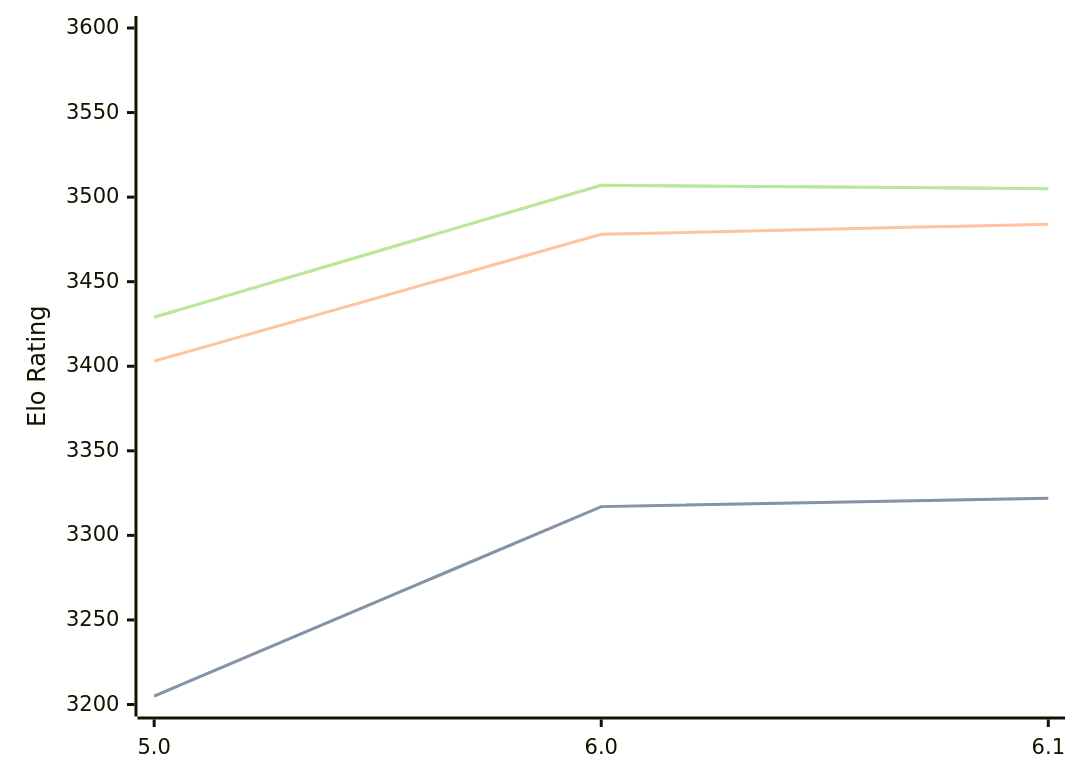
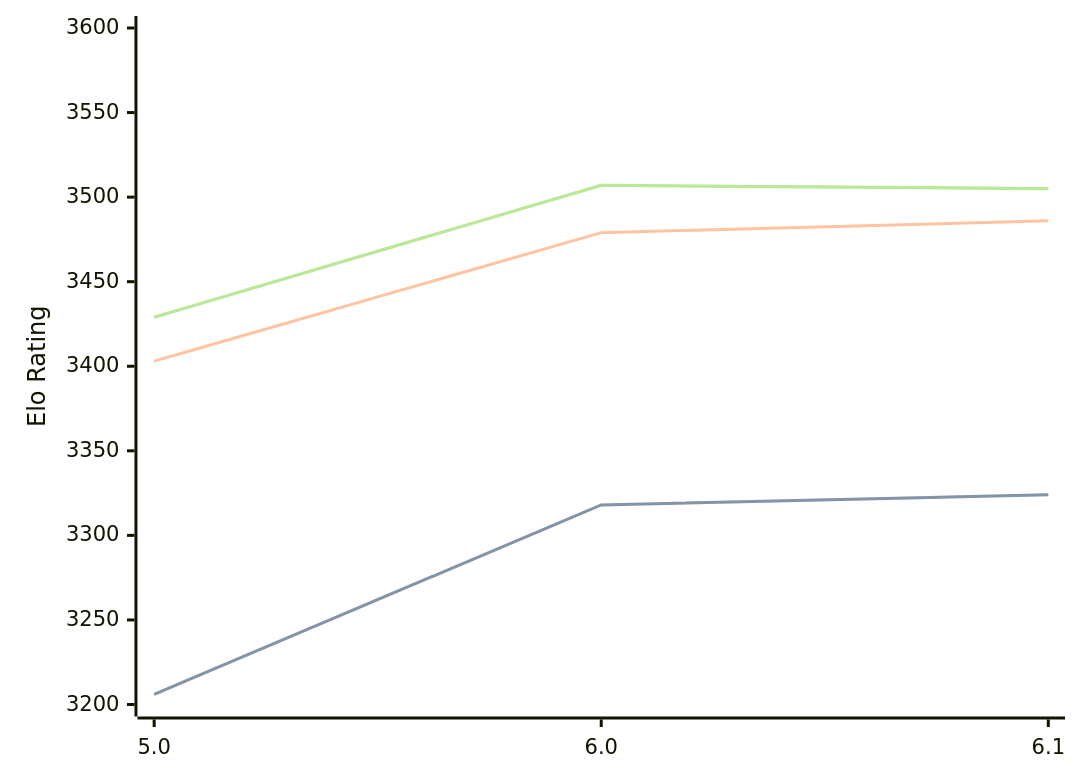
The diagram in engines/Starzix.md (computer-chess-index/cci), drawn with Mermaid before and after one commit. The commit also changed other lines of this file, not shown here.

````diff
--- a/engines/Starzix.md
+++ b/engines/Starzix.md
@@ -33,11 +33,11 @@
 ```mermaid
 %%{init: {"theme":"base","themeVariables":{"seriesColors:['#a3a3a3','#222221','#faa371']}}}%%
 xychart-beta
   x-axis ["5.0", "6.0", "6.1"]
   y-axis "Elo Rating" 3200 --> 3600
-  line "STC (8.0+0.08s)" [3205, 3317, 3322]
-  line "STC (8.0+0.08s)" [3205, 3317, 3322]
-  line "LTC (60.0+0.60s)" [3403, 3478, 3484]
+  line "STC (8.0+0.08s)" [3206, 3318, 3324]
+  line "STC (8.0+0.08s)" [3206, 3318, 3324]
+  line "LTC (60.0+0.60s)" [3403, 3479, 3486]
   line "VLTC (2m24s+1.12s)" [3429, 3507, 3505]
   line "VLTC (2m24s+1.12s)" [3429, 3507, 3505]
 ```
````
